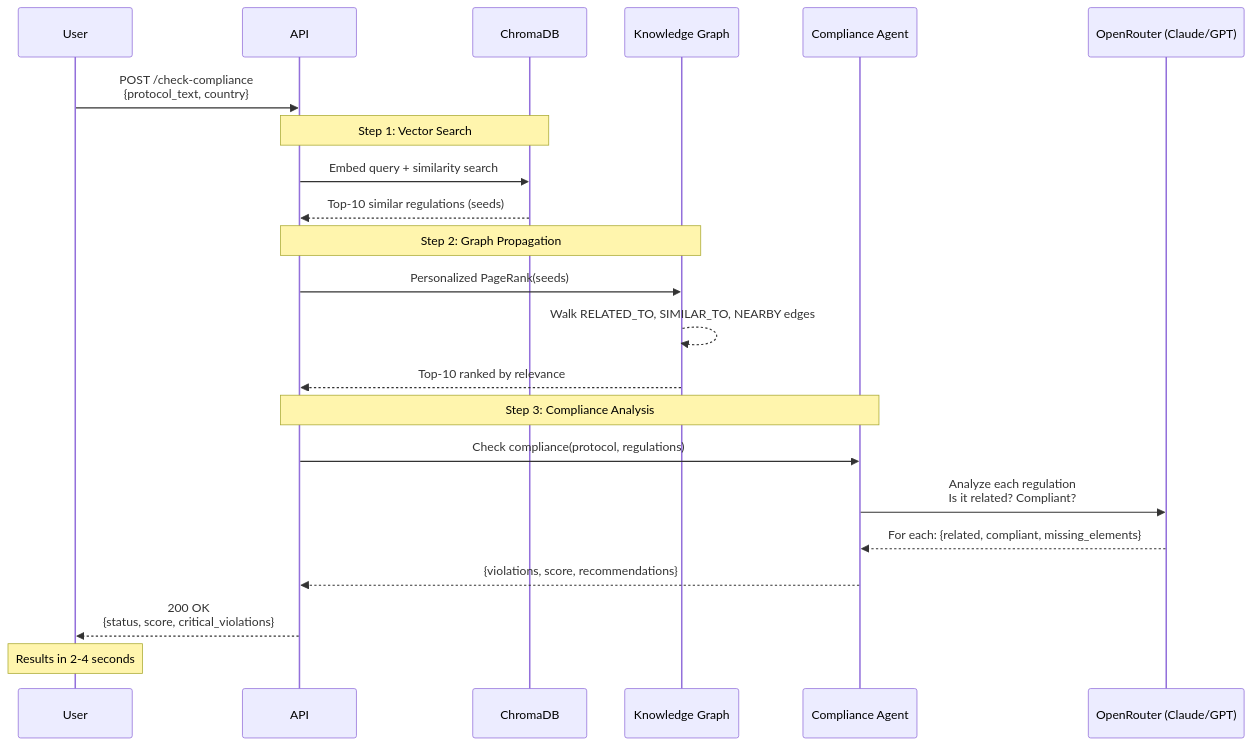
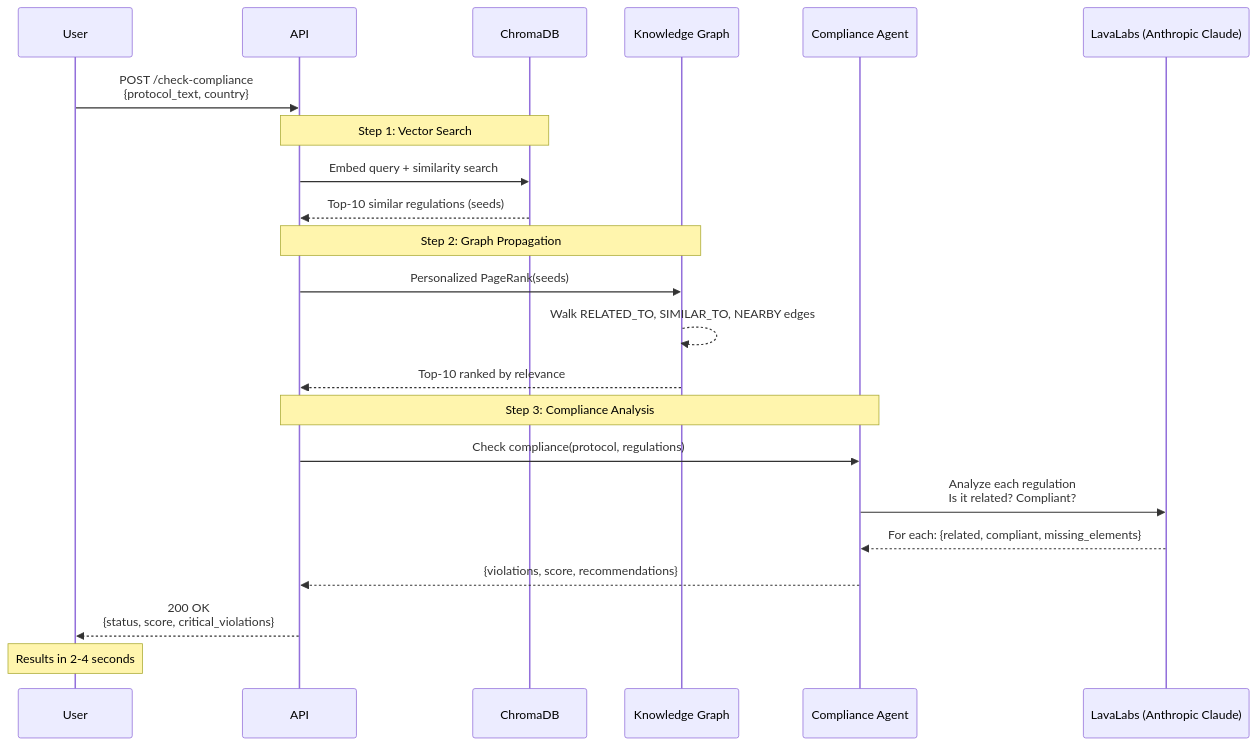
The second of 2 diagrams in README.md (vardhanshorewala/harmoniq), drawn with Mermaid before and after one commit. The commit also changed other lines of this file and 10 other files, not shown here.

````diff
--- a/README.md
+++ b/README.md
@@ -112,30 +112,30 @@
 ```mermaid
 sequenceDiagram
     participant User
     participant API
     participant VectorDB as ChromaDB
     participant Graph as Knowledge Graph
     participant Agent as Compliance Agent
-    participant LLM as OpenRouter (Claude/GPT)
+    participant LLM as LavaLabs (Anthropic Claude)
     
     User->>API: POST /check-compliance<br/>{protocol_text, country}
     
     Note over API,VectorDB: Step 1: Vector Search
     API->>VectorDB: Embed query + similarity search
     VectorDB-->>API: Top-10 similar regulations (seeds)
     
     Note over API,Graph: Step 2: Graph Propagation
     API->>Graph: Personalized PageRank(seeds)
     Graph-->>Graph: Walk RELATED_TO, SIMILAR_TO, NEARBY edges
     Graph-->>API: Top-10 ranked by relevance
     
     Note over API,Agent: Step 3: Compliance Analysis
     API->>Agent: Check compliance(protocol, regulations)
     Agent->>LLM: Analyze each regulation<br/>Is it related? Compliant?
     LLM-->>Agent: For each: {related, compliant, missing_elements}
     Agent-->>API: {violations, score, recommendations}
     
     API-->>User: 200 OK<br/>{status, score, critical_violations}
     
     Note over User: Results in 2-4 seconds
 ```
````
